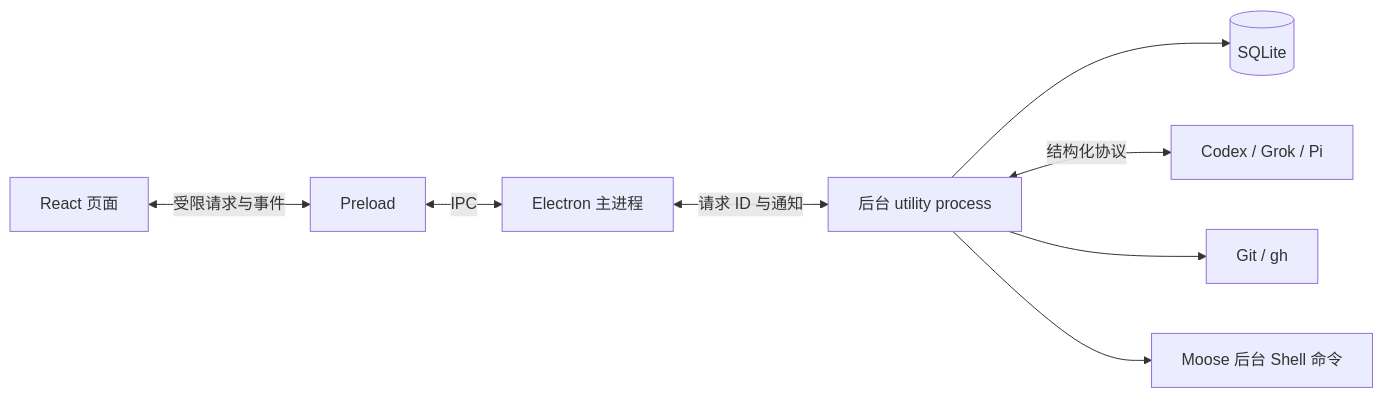
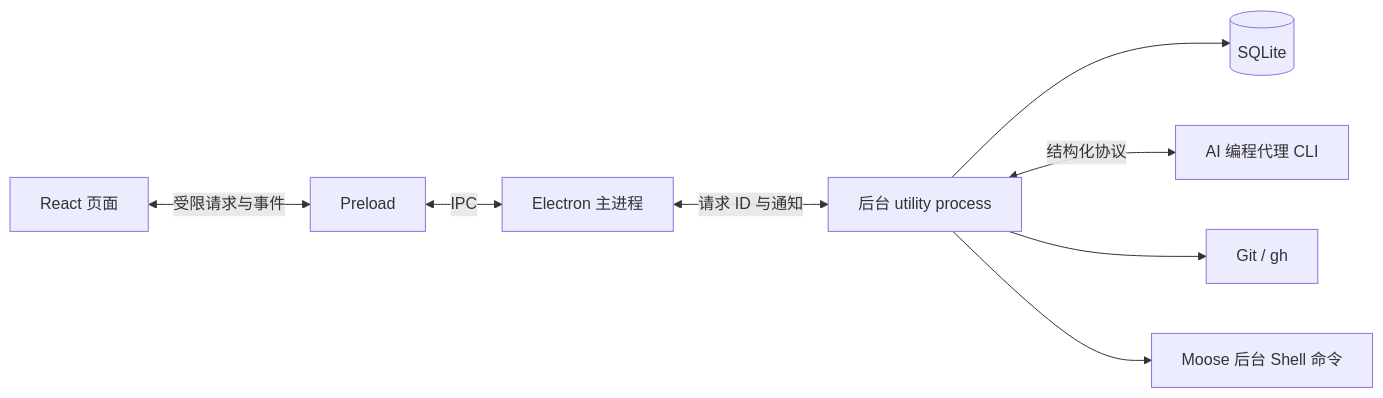
Before and after one commit to shqingda/moose: the diagram in docs/interview/project-interview-guide.md, drawn with Mermaid. The commit also changed other lines of this file and 56 other files, not shown here.

````diff
--- a/docs/interview/project-interview-guide.md
+++ b/docs/interview/project-interview-guide.md
@@ -103,10 +101,10 @@
 ```mermaid
 flowchart LR
   UI[React 页面] <-->|受限请求与事件| P[Preload]
   P <-->|IPC| M[Electron 主进程]
   M <-->|请求 ID 与通知| U[后台 utility process]
   U --> DB[(SQLite)]
-  U <-->|结构化协议| CLI[Codex / Grok / Pi]
+  U <-->|结构化协议| CLI[AI 编程代理 CLI]
   U --> G[Git / gh]
   U --> S[Moose 后台 Shell 命令]
 ```
````
